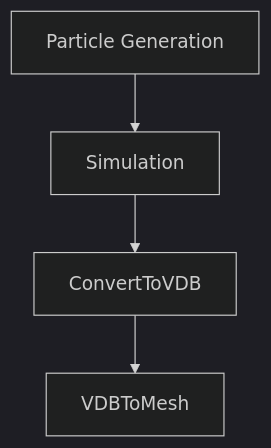
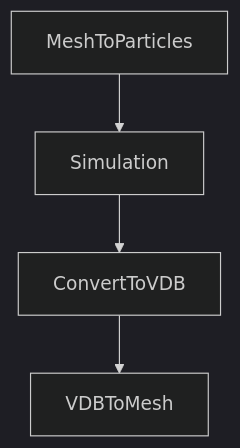
The diagram in Blender/Document/tutorial_jp.md (PremiumGraphicsCodes/ParticleFluids), drawn with Mermaid (dark theme) before and after one commit. The commit also changed other lines of this file and 4 other files, not shown here.

````diff
--- a/Blender/Document/tutorial_jp.md
+++ b/Blender/Document/tutorial_jp.md
@@ -20,6 +21,6 @@
 ```mermaid
 graph TB
-  A[Particle Generation] --> B[Simulation]
+  A[MeshToParticles] --> B[Simulation]
   B --> C[ConvertToVDB]
   C --> D[VDBToMesh]
 ```
````
